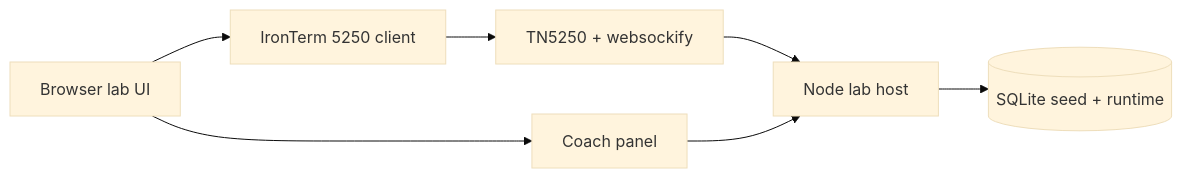
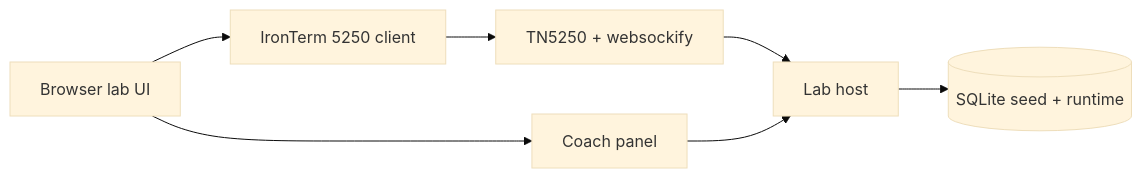
The diagram in README.md (jtflack-grc/legacy-control-lab), drawn with Mermaid (base theme) before and after one commit. The commit also changed other lines of this file and 2 other files, not shown here.

````diff
--- a/README.md
+++ b/README.md
@@ -95,16 +111,16 @@
 ```mermaid
 flowchart LR
   browser[Browser lab UI]
   coach[Coach panel]
   iron[IronTerm 5250 client]
-  api[Node lab host]
+  api[Lab host]
   db[(SQLite seed + runtime)]
   tn[TN5250 + websockify]
 
   browser --> coach
   browser --> iron
   iron --> tn
   tn --> api
   coach --> api
   api --> db
 ```
````
